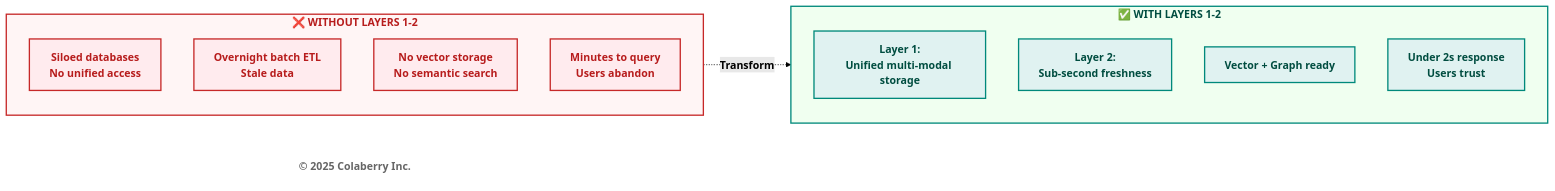
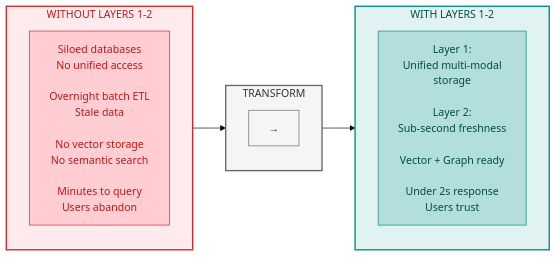
Before and after one commit to saitejesh-cyber/trust-before-intelligence-book: the first of 11 diagrams in manuscript/chapter_4_foundation_layers_v4_1.md, drawn with Mermaid (forest theme).

Commit message:
updated diagram for readability
updated diagram for readability

````diff
--- a/manuscript/chapter_4_foundation_layers_v4_1.md
+++ b/manuscript/chapter_4_foundation_layers_v4_1.md
@@ -15,32 +15,28 @@
 ```mermaid
-flowchart LR
-    subgraph WITHOUT["<b>❌ WITHOUT LAYERS 1-2</b>"]
-        W1["<b>Siloed databases</b><br/><b>No unified access</b>"]
-        W2["<b>Overnight batch ETL</b><br/><b>Stale data</b>"]
-        W3["<b>No vector storage</b><br/><b>No semantic search</b>"]
-        W4["<b>Minutes to query</b><br/><b>Users abandon</b>"]
+
+graph LR
+    subgraph WITHOUT["WITHOUT LAYERS 1-2"]
+        direction TB
+        W1["Siloed databases<br/>No unified access<br/><br/>Overnight batch ETL<br/>Stale data<br/><br/>No vector storage<br/>No semantic search<br/><br/>Minutes to query<br/>Users abandon"]
     end
+    
+    subgraph TRANSFORM["TRANSFORM"]
+        direction TB
+        T1["→"]
+    end
+    
+    subgraph WITH["WITH LAYERS 1-2"]
+        direction TB
+        L1["Layer 1:<br/>Unified multi-modal<br/>storage<br/><br/>Layer 2:<br/>Sub-second freshness<br/><br/>Vector + Graph ready<br/><br/>Under 2s response<br/>Users trust"]
+    end
+    
+    WITHOUT --> TRANSFORM --> WITH
+    
+    style WITHOUT fill:#ffebee,stroke:#c62828,stroke-width:2px,color:#b71c1c
+    style TRANSFORM fill:#f5f5f5,stroke:#666666,stroke-width:2px,color:#333333
+    style WITH fill:#e0f2f1,stroke:#00897b,stroke-width:2px,color:#004d40
+    style W1 fill:#ffcdd2,stroke:#c62828,color:#b71c1c
+    style T1 fill:#f5f5f5,stroke:#666666,color:#333333
+    style L1 fill:#b2dfdb,stroke:#00897b,color:#004d40
 
-    subgraph WITH["<b>✅ WITH LAYERS 1-2</b>"]
-        L1["<b>Layer 1:</b><br/><b>Unified multi-modal storage</b>"]
-        L2["<b>Layer 2:</b><br/><b>Sub-second freshness</b>"]
-        V["<b>Vector + Graph ready</b>"]
-        T["<b>Under 2s response</b><br/><b>Users trust</b>"]
-    end
-
-    Copyright["<b>© 2025 Colaberry Inc.</b>"]
-
-    WITHOUT -.->|"<b>Transform</b>"| WITH
-
-    style WITHOUT fill:#fff5f5,stroke:#c62828,stroke-width:2px,color:#b71c1c
-    style W1 fill:#ffebee,stroke:#c62828,stroke-width:2px,color:#b71c1c
-    style W2 fill:#ffebee,stroke:#c62828,stroke-width:2px,color:#b71c1c
-    style W3 fill:#ffebee,stroke:#c62828,stroke-width:2px,color:#b71c1c
-    style W4 fill:#ffebee,stroke:#c62828,stroke-width:2px,color:#b71c1c
-    style WITH fill:#f0fff0,stroke:#00897b,stroke-width:2px,color:#004d40
-    style L1 fill:#e0f2f1,stroke:#00897b,stroke-width:2px,color:#004d40
-    style L2 fill:#e0f2f1,stroke:#00897b,stroke-width:2px,color:#004d40
-    style V fill:#e0f2f1,stroke:#00897b,stroke-width:2px,color:#004d40
-    style T fill:#e0f2f1,stroke:#00897b,stroke-width:2px,color:#004d40
-    style Copyright fill:#ffffff,stroke:none,color:#666666
 ```
````
